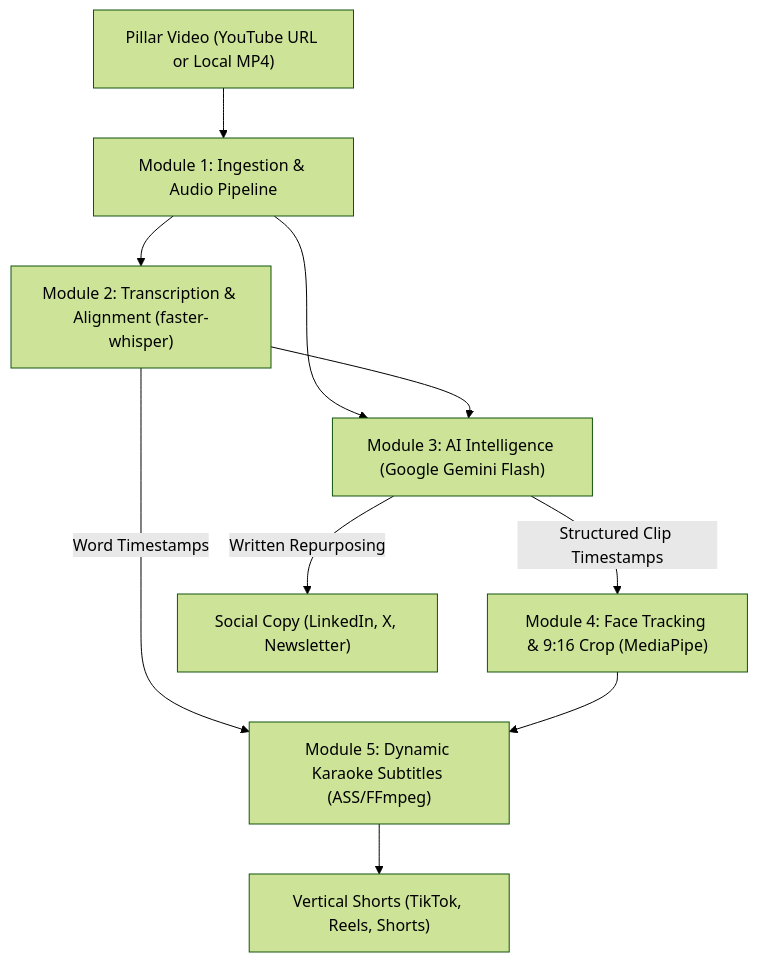
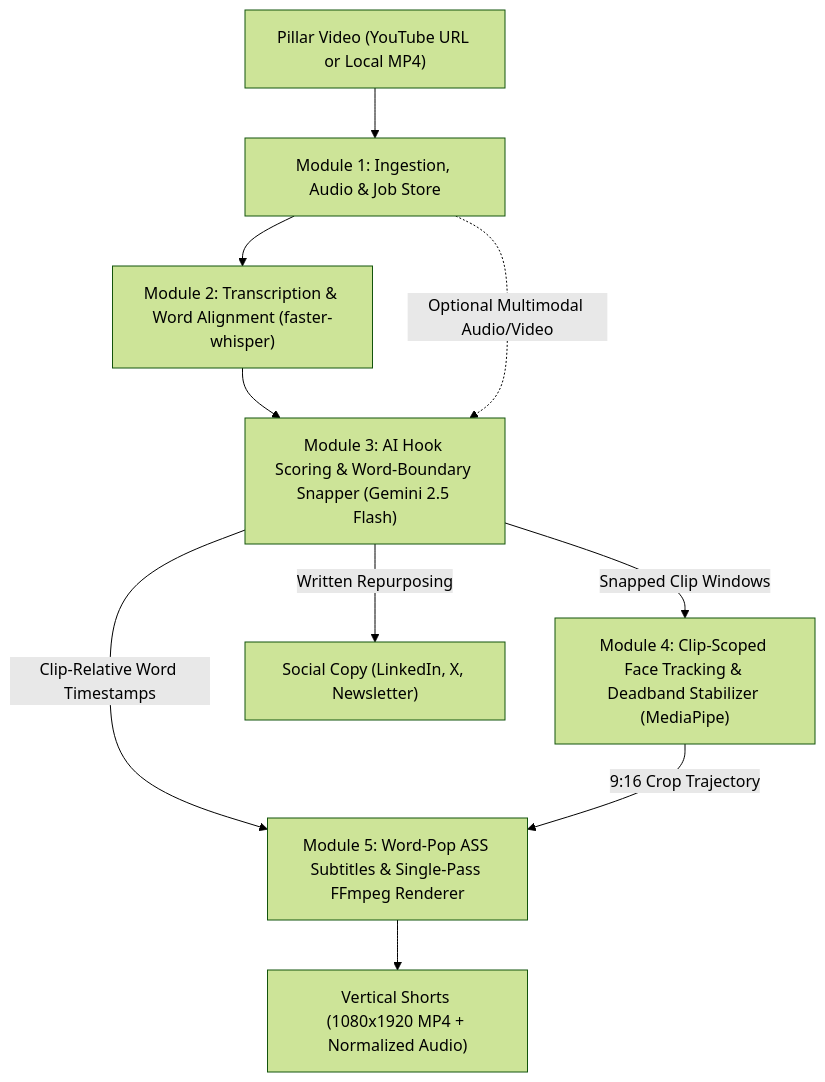
One commit to mdriyadmr968/PillarPrism changed the diagram in README.md. Above: the diagram before and after it, drawn with Mermaid (forest theme). The commit also changed other lines of this file and 4 other files, not shown here.

Commit message:
chore: setup project requirements, env configuration, and refined architecture plan

````diff
--- a/README.md
+++ b/README.md
@@ -21,14 +21,14 @@
 ```mermaid
 flowchart TD
-    A["Pillar Video (YouTube URL or Local MP4)"] --> M1["Module 1: Ingestion & Audio Pipeline"]
-    M1 --> M2["Module 2: Transcription & Alignment (faster-whisper)"]
-    M1 --> M3["Module 3: AI Intelligence (Google Gemini Flash)"]
+    A["Pillar Video (YouTube URL or Local MP4)"] --> M1["Module 1: Ingestion, Audio & Job Store"]
+    M1 --> M2["Module 2: Transcription & Word Alignment (faster-whisper)"]
+    M2 --> M3["Module 3: AI Hook Scoring & Word-Boundary Snapper (Gemini 2.5 Flash)"]
+    M1 -.->|Optional Multimodal Audio/Video| M3
     
-    M2 --> M3
-    M3 -->|Structured Clip Timestamps| M4["Module 4: Face Tracking & 9:16 Crop (MediaPipe)"]
-    M2 -->|Word Timestamps| M5["Module 5: Dynamic Karaoke Subtitles (ASS/FFmpeg)"]
+    M3 -->|Snapped Clip Windows| M4["Module 4: Clip-Scoped Face Tracking & Deadband Stabilizer (MediaPipe)"]
+    M3 -->|Clip-Relative Word Timestamps| M5["Module 5: Word-Pop ASS Subtitles & Single-Pass FFmpeg Renderer"]
     
-    M4 --> M5
-    M5 --> O1["Vertical Shorts (TikTok, Reels, Shorts)"]
+    M4 -->|9:16 Crop Trajectory| M5
+    M5 --> O1["Vertical Shorts (1080x1920 MP4 + Normalized Audio)"]
     M3 -->|Written Repurposing| O2["Social Copy (LinkedIn, X, Newsletter)"]
 ```
````
